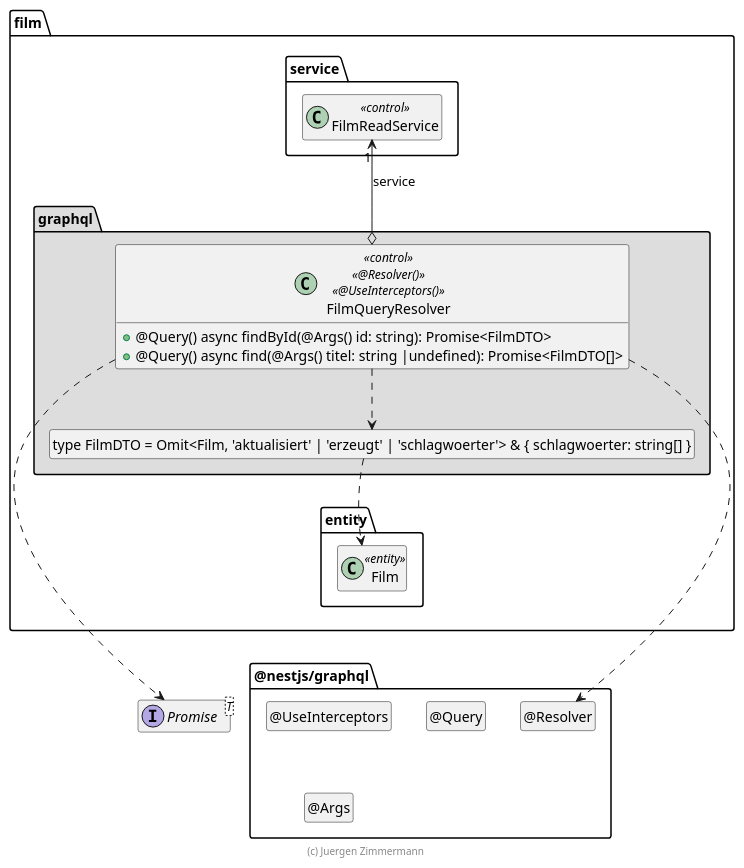
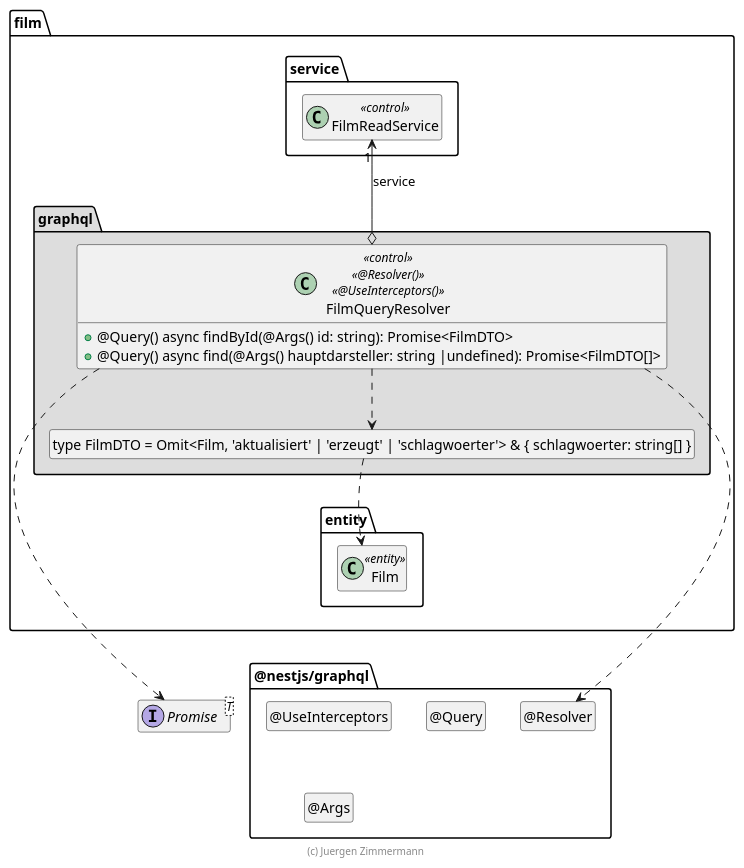
Before and after one commit to Yuszi/Film: the diagram in .extras/doc/entwicklerhandbuch/FilmQueryResolver.plantuml, drawn with PlantUML. The commit also changed 35 other files, not shown here.

```diff
--- a/.extras/doc/entwicklerhandbuch/FilmQueryResolver.plantuml
+++ b/.extras/doc/entwicklerhandbuch/FilmQueryResolver.plantuml
@@ -18,58 +18,58 @@
 @startuml Controller-Klasse
 
 interface Promise<T>
 
 package @nestjs/graphql {
   class "@Resolver" as Resolver
   hide Resolver circle
 
   class "@UseInterceptors" as UseInterceptors
   hide UseInterceptors circle
 
   class "@Query" as Query
   hide Query circle
 
   class "@Args" as Args
   hide Args circle
 
   Resolver .left[hidden].> Promise
 }
 
 package film {
   package entity {
     class Film <<entity>>
   }
 
   package service {
     class FilmReadService << control >>
   }
 
   package graphql #DDDDDD {
     class "type FilmDTO = Omit<Film, 'aktualisiert' | 'erzeugt' | 'schlagwoerter'> & { schlagwoerter: string[] }" as FilmDTO
     hide FilmDTO circle
 
     class FilmQueryResolver << control >> << @Resolver() >> << @UseInterceptors() >> {
       + @Query() async findById(@Args() id: string): Promise<FilmDTO>
-      + @Query() async find(@Args() titel: string |undefined): Promise<FilmDTO[]>
+      + @Query() async find(@Args() hauptdarsteller: string |undefined): Promise<FilmDTO[]>
     }
 
     FilmQueryResolver o-up-> "1" FilmReadService : service
     FilmQueryResolver ..> FilmDTO
     FilmDTO ..> Film
     FilmQueryResolver ..> Resolver
 
     FilmQueryResolver ..> Promise
 
     FilmDTO .[hidden].> Film
     Film .[hidden].> Promise
     FilmReadService .[hidden].> Promise
     Film .[hidden].> Resolver
     FilmReadService .[hidden].> Resolver
   }
 }
 
 hide empty members
 
 footer (c) Juergen Zimmermann
 
 @enduml
```
